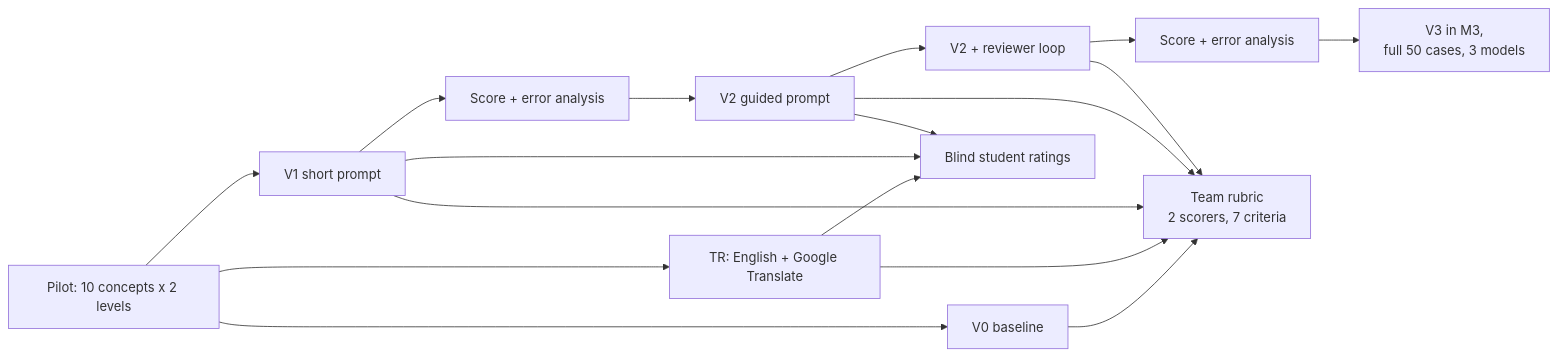
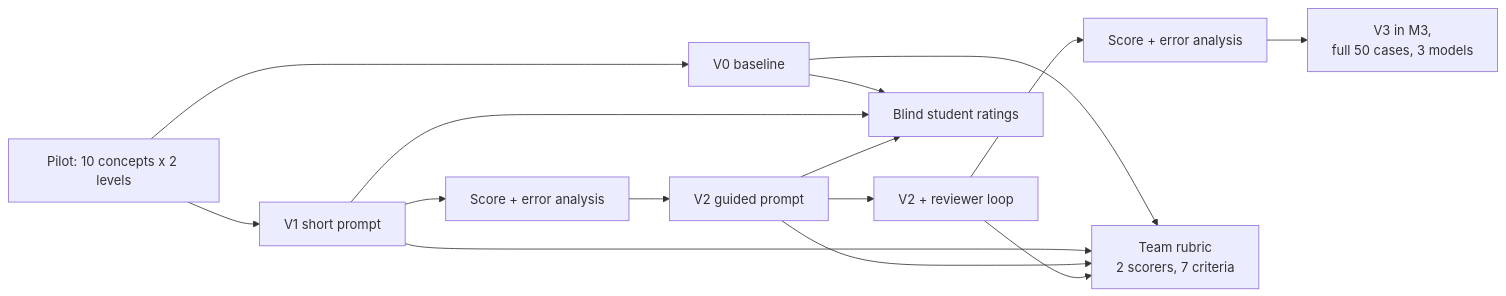
Before and after one commit to jnsuhani/matrabhasha.ai: the third of 3 diagrams in design/design.md, drawn with Mermaid. The commit also changed 10 other files, not shown here.

Commit message:
Remove the dropped TR (Google Translate) condition from docs

````diff
--- a/design/design.md
+++ b/design/design.md
@@ -58,11 +58,10 @@
 ```mermaid
 flowchart LR
     T[Pilot: 10 concepts x 2 levels] --> V0[V0 baseline]
-    T --> TR[TR: English + Google Translate]
     T --> V1[V1 short prompt]
     V1 --> EA1[Score + error analysis] --> V2[V2 guided prompt]
     V2 --> V2R[V2 + reviewer loop]
     V2R --> EA2[Score + error analysis] --> V3[V3 in M3,<br/>full 50 cases, 3 models]
-    V0 & TR & V1 & V2 & V2R --> S1[Team rubric<br/>2 scorers, 7 criteria]
-    TR & V1 & V2 --> S2[Blind student ratings]
+    V0 & V1 & V2 & V2R --> S1[Team rubric<br/>2 scorers, 7 criteria]
+    V0 & V1 & V2 --> S2[Blind student ratings]
 ```
````
